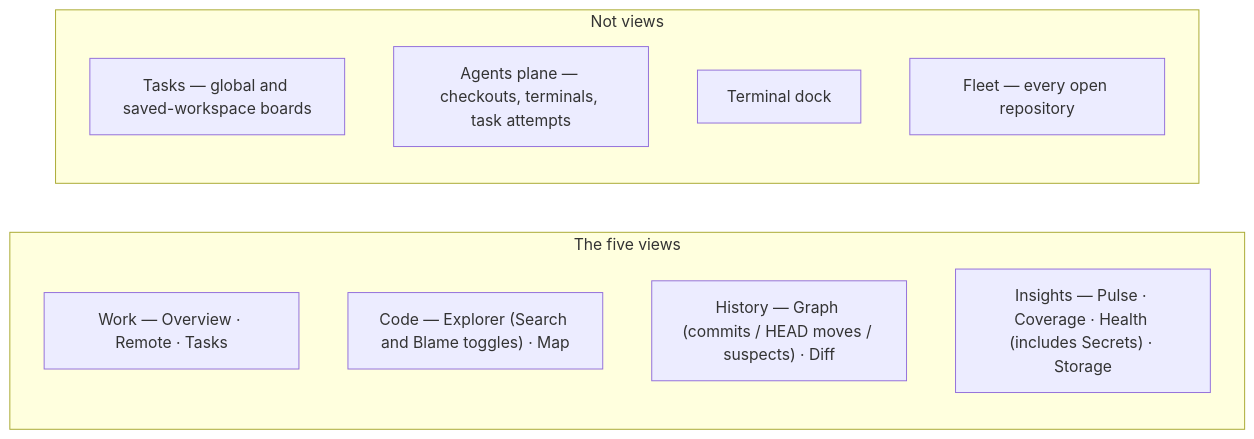
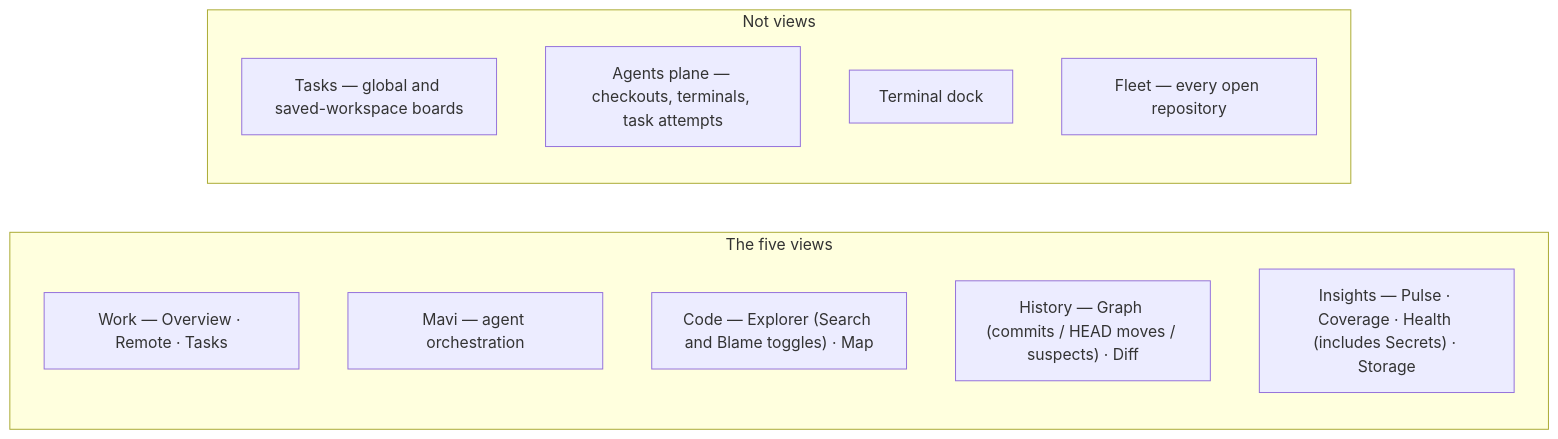
The diagram in wiki/Home.md (bharathvbcr/GitPulse), drawn with Mermaid before and after one commit. The commit also changed other lines of this file and 57 other files, not shown here.

````diff
--- a/wiki/Home.md
+++ b/wiki/Home.md
@@ -34,15 +34,16 @@
 ```mermaid
 flowchart LR
     subgraph Views["The five views"]
         Work["Work — Overview · Remote · Tasks"]
+        Mavi["Mavi — agent orchestration"]
         Code["Code — Explorer (Search and Blame toggles) · Map"]
         History["History — Graph (commits / HEAD moves / suspects) · Diff"]
         Insights["Insights — Pulse · Coverage · Health (includes Secrets) · Storage"]
     end
     subgraph Beside["Not views"]
         Tasks["Tasks — global and saved-workspace boards"]
         Agents["Agents plane — checkouts, terminals, task attempts"]
         Terminal["Terminal dock"]
         Fleet["Fleet — every open repository"]
     end
 ```
````
